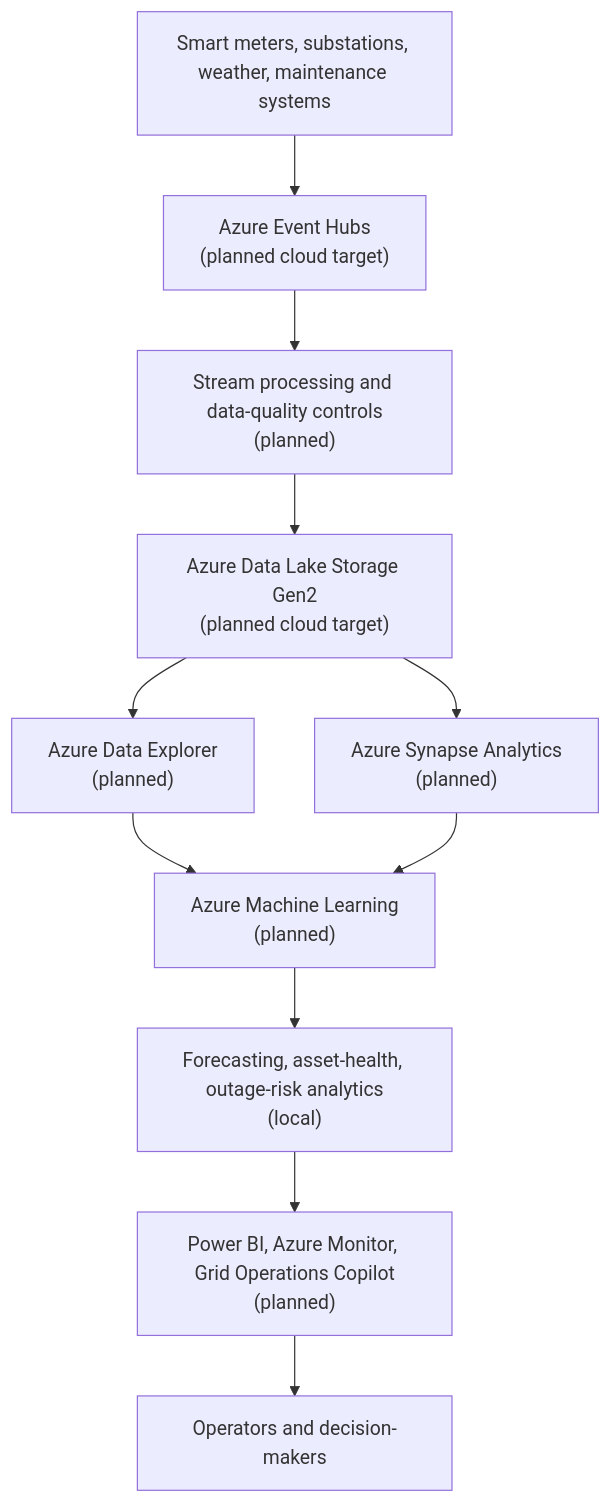
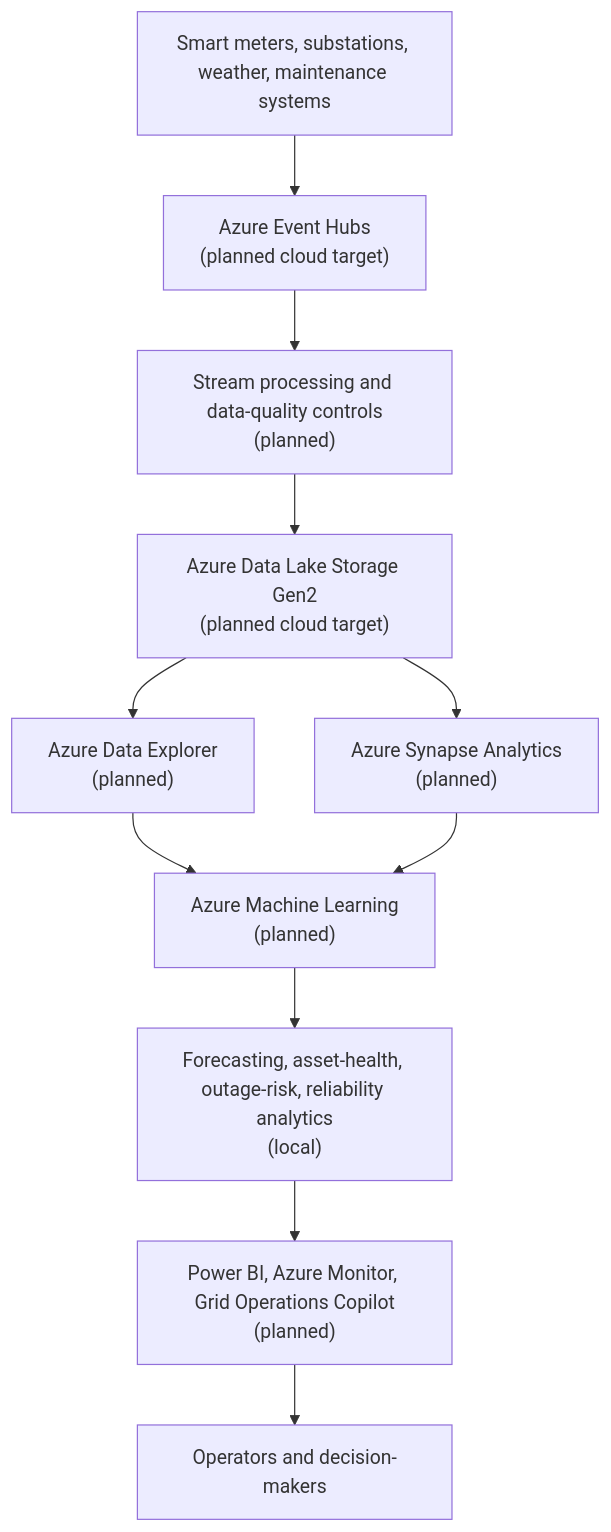
The diagram in README.md (Ibraheemolasupogit/azure-grid-reliability-intelligence-platform), drawn with Mermaid before and after one commit. The commit also changed other lines of this file and 35 other files, not shown here.

Commit message:
Add grid reliability KPI analytics

````diff
--- a/README.md
+++ b/README.md
@@ -28,20 +28,20 @@
 ```mermaid
 flowchart TD
     sources["Smart meters, substations, weather, maintenance systems"]
     event_hubs["Azure Event Hubs<br/>(planned cloud target)"]
     stream["Stream processing and data-quality controls<br/>(planned)"]
     lake["Azure Data Lake Storage Gen2<br/>(planned cloud target)"]
     adx["Azure Data Explorer<br/>(planned)"]
     synapse["Azure Synapse Analytics<br/>(planned)"]
     aml["Azure Machine Learning<br/>(planned)"]
-    intelligence["Forecasting, asset-health, outage-risk analytics<br/>(local)"]
+    intelligence["Forecasting, asset-health, outage-risk, reliability analytics<br/>(local)"]
     operations["Power BI, Azure Monitor, Grid Operations Copilot<br/>(planned)"]
     users["Operators and decision-makers"]
 
     sources --> event_hubs --> stream --> lake
     lake --> adx
     lake --> synapse
     adx --> aml
     synapse --> aml
     aml --> intelligence --> operations --> users
 ```
````
